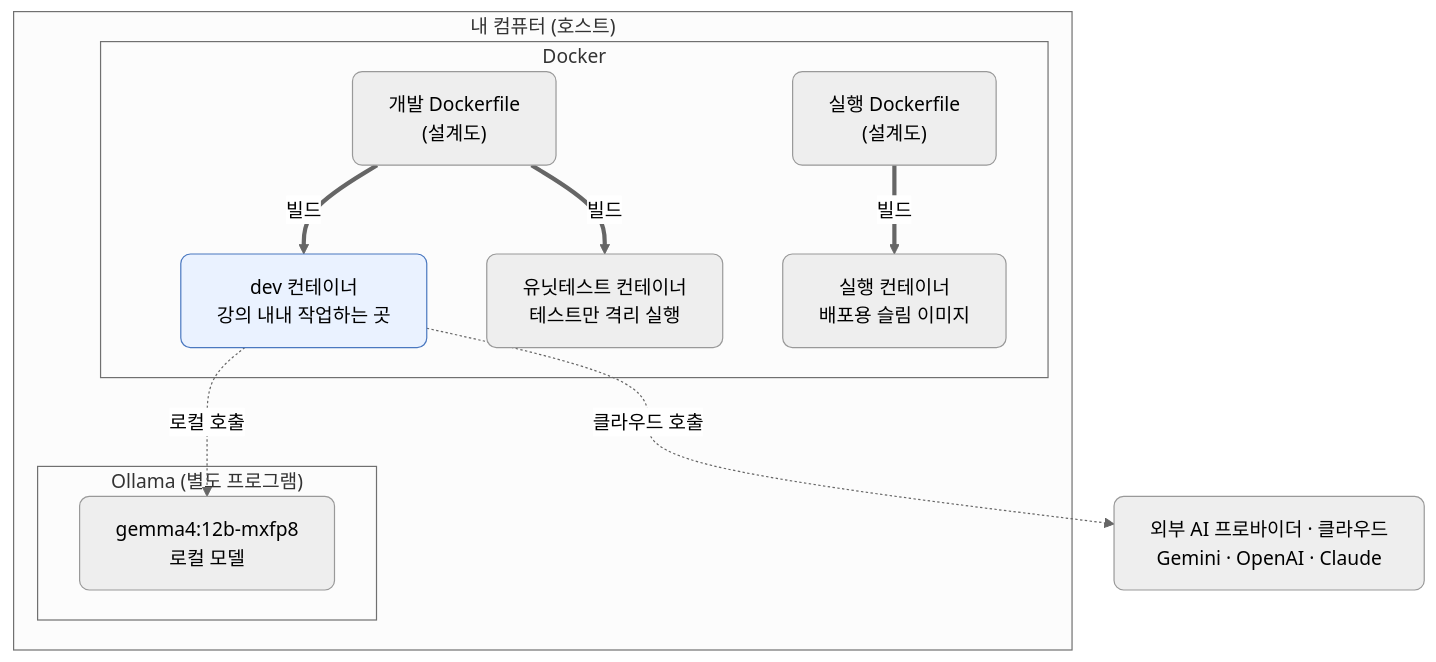
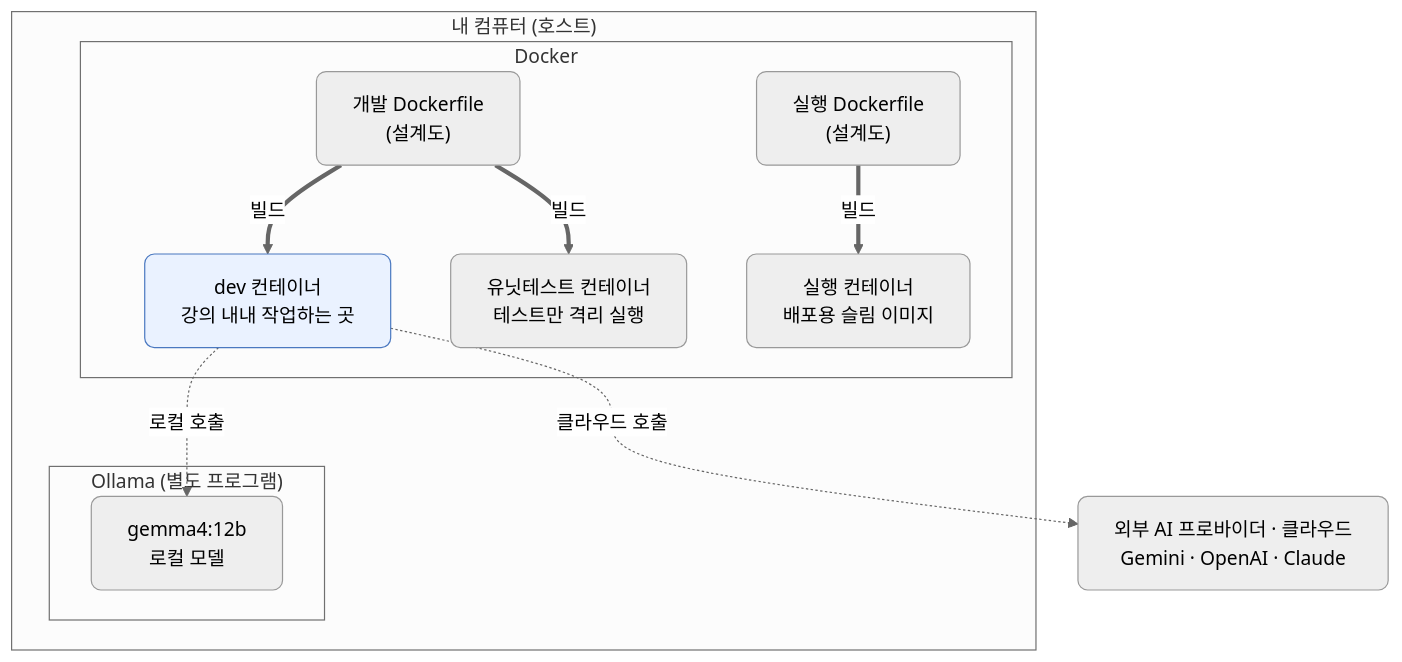
One commit to CodeCompose7/ai_service_engineering changed the first of 3 diagrams in docs/section1/lec01/README.md. Above: the diagram before and after it, drawn with Mermaid (neutral theme). The commit also changed other lines of this file and 3 other files, not shown here.

````diff
--- a/docs/section1/lec01/README.md
+++ b/docs/section1/lec01/README.md
@@ -14,26 +14,26 @@
 ```mermaid
 flowchart TB
   subgraph COMP["내 컴퓨터 (호스트)"]
     subgraph DOCKER["Docker"]
       DF1["개발 Dockerfile<br/>(설계도)"]
       DF2["실행 Dockerfile<br/>(설계도)"]
       DEV["dev 컨테이너<br/>강의 내내 작업하는 곳"]
       TEST["유닛테스트 컨테이너<br/>테스트만 격리 실행"]
       RUN["실행 컨테이너<br/>배포용 슬림 이미지"]
       DF1 ==>|"빌드"| DEV
       DF1 ==>|"빌드"| TEST
       DF2 ==>|"빌드"| RUN
     end
     subgraph OLLAMA["Ollama (별도 프로그램)"]
-      MODEL["gemma4:12b-mxfp8<br/>로컬 모델"]
+      MODEL["gemma4:12b<br/>로컬 모델"]
     end
   end
   EXT["외부 AI 프로바이더 · 클라우드<br/>Gemini · OpenAI · Claude"]
 
   DEV -.->|"로컬 호출"| MODEL
   DEV -.->|"클라우드 호출"| EXT
 
   classDef default rx:8,ry:8;
   classDef work fill:#eaf2ff,stroke:#4a78c0;
   class DEV work;
 ```
````
